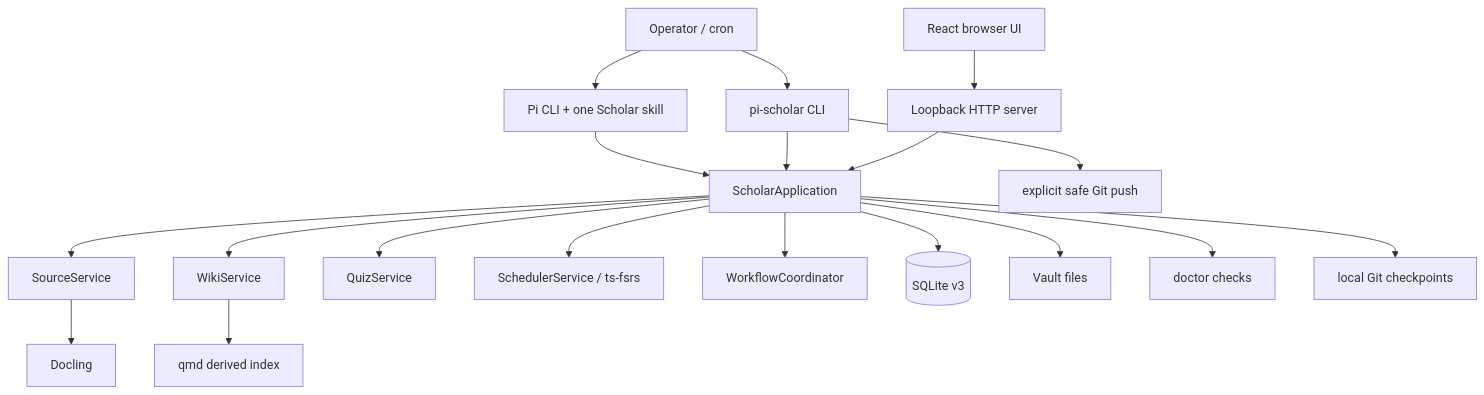
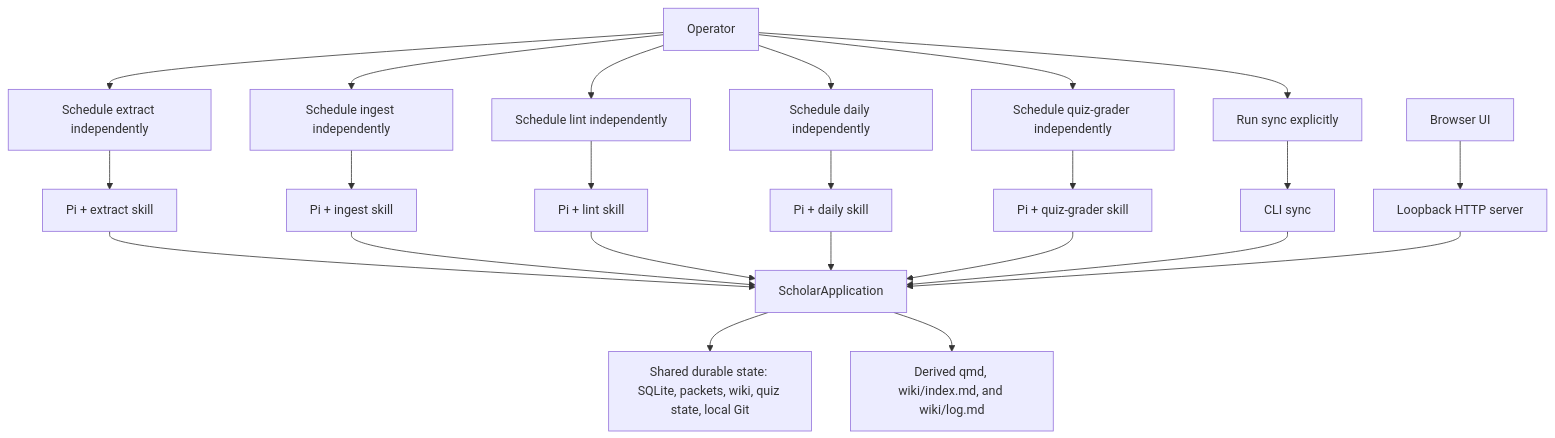
Before and after one commit to N-F9/pi-scholar: the first of 4 diagrams in pi-scholar-system.md, drawn with Mermaid. The commit also changed other lines of this file and 26 other files, not shown here.

````diff
--- a/pi-scholar-system.md
+++ b/pi-scholar-system.md
@@ -19,21 +24,25 @@
 ```mermaid
 flowchart TD
-  Operator[Operator / cron] --> Pi[Pi CLI + one Scholar skill]
-  Operator --> CLI[pi-scholar CLI]
-  Browser[React browser UI] --> HTTP[Loopback HTTP server]
-  Pi --> App[ScholarApplication]
-  CLI --> App
+  Operator["Operator"] --> ExtractSchedule["Schedule extract independently"]
+  Operator --> IngestSchedule["Schedule ingest independently"]
+  Operator --> LintSchedule["Schedule lint independently"]
+  Operator --> DailySchedule["Schedule daily independently"]
+  Operator --> GraderSchedule["Schedule quiz-grader independently"]
+  Operator --> SyncRun["Run sync explicitly"]
+  ExtractSchedule --> ExtractSkill["Pi + extract skill"]
+  IngestSchedule --> IngestSkill["Pi + ingest skill"]
+  LintSchedule --> LintSkill["Pi + lint skill"]
+  DailySchedule --> DailySkill["Pi + daily skill"]
+  GraderSchedule --> GraderSkill["Pi + quiz-grader skill"]
+  SyncRun --> Sync["CLI sync"]
+  ExtractSkill --> App["ScholarApplication"]
+  IngestSkill --> App
+  LintSkill --> App
+  DailySkill --> App
+  GraderSkill --> App
+  Sync --> App
+  Browser["Browser UI"] --> HTTP["Loopback HTTP server"]
   HTTP --> App
-  App --> Sources[SourceService]
-  App --> Wiki[WikiService]
-  App --> Quiz[QuizService]
-  App --> FSRS[SchedulerService / ts-fsrs]
-  App --> Workflows[WorkflowCoordinator]
-  App --> DB[(SQLite v3)]
-  App --> Vault[Vault files]
-  App --> Doctor[doctor checks]
-  App --> Git[local Git checkpoints]
-  Sources --> Docling[Docling]
-  Wiki --> Qmd[qmd derived index]
-  CLI --> GitPush[explicit safe Git push]
+  App --> Durable["Shared durable state: SQLite, packets, wiki, quiz state, local Git"]
+  App --> Derived["Derived qmd, wiki/index.md, and wiki/log.md"]
 ```
````
